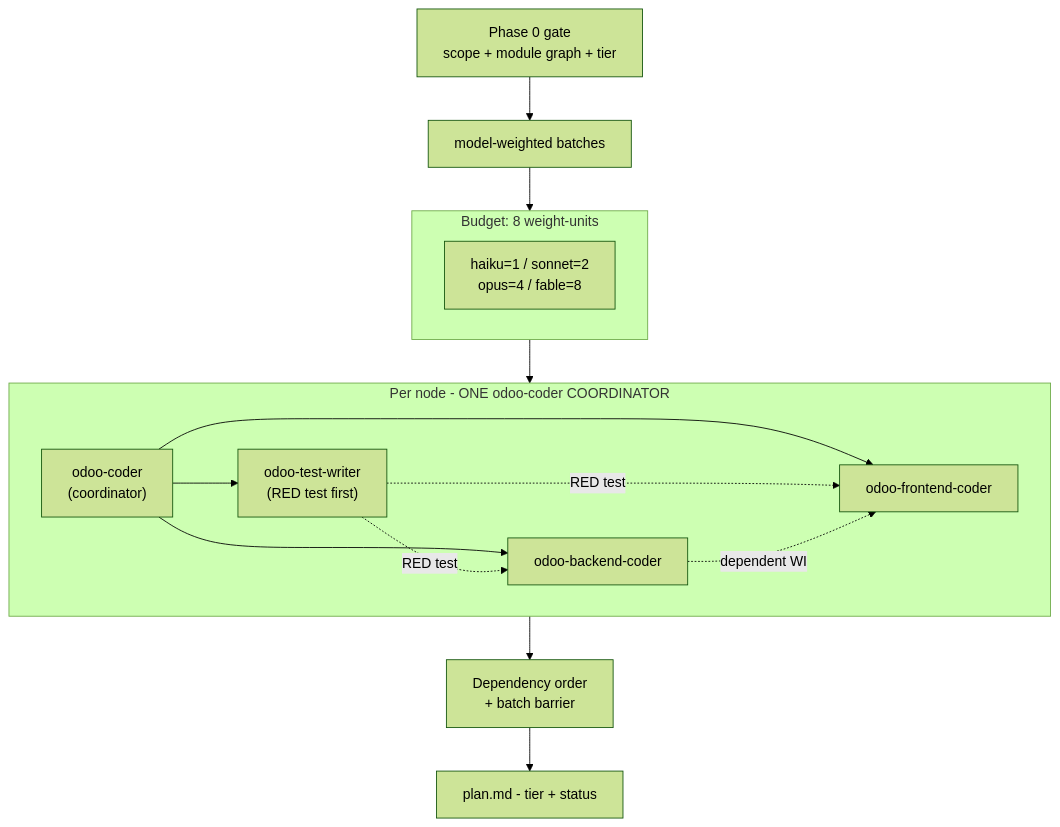
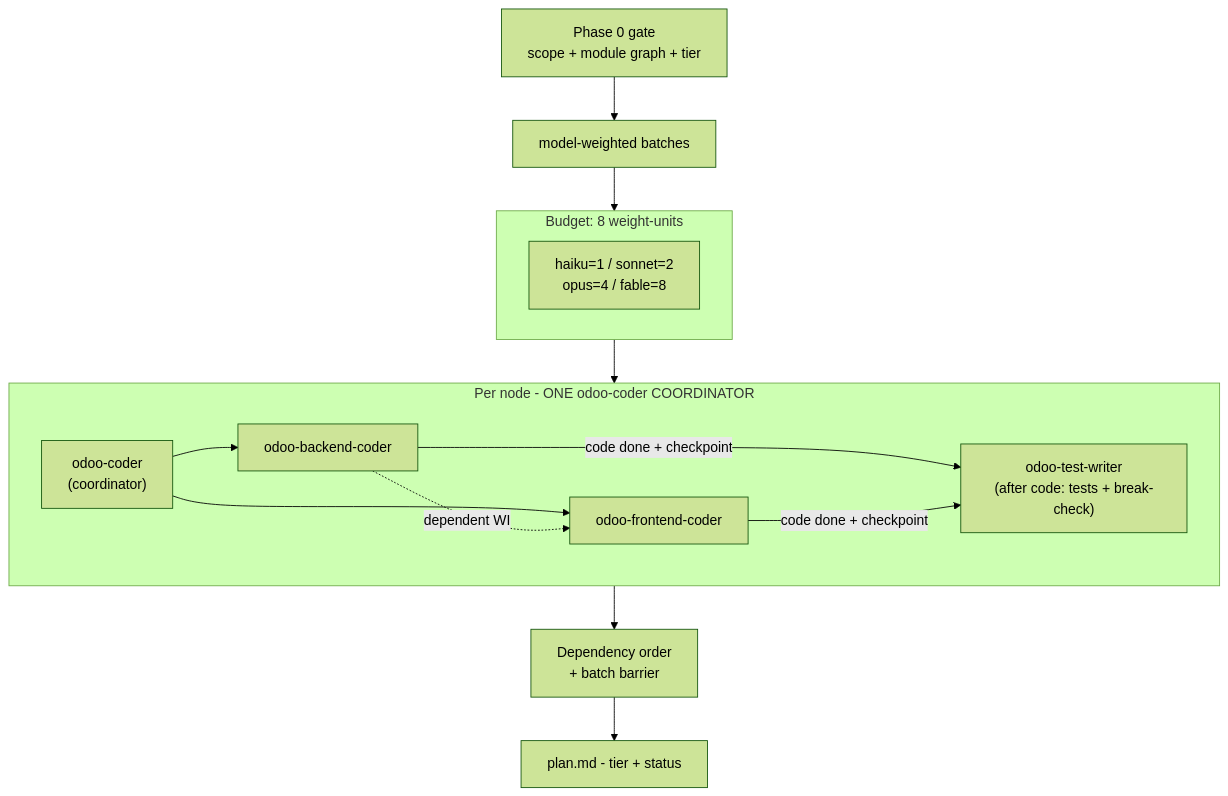
One commit to Viindoo/odoo-mcp-client changed the second of 9 diagrams in plugins/odoo-ai-agents/README.md. Above: the diagram before and after it, drawn with Mermaid (forest theme). The commit also changed other lines of this file and 71 other files, not shown here.

````diff
--- a/plugins/odoo-ai-agents/README.md
+++ b/plugins/odoo-ai-agents/README.md
@@ -265,24 +269,23 @@
 ```mermaid
 flowchart TD
     GATE["Phase 0 gate<br/>scope + module graph + tier"]
     GATE --> BATCH["model-weighted batches"]
 
     subgraph BUDGET["Budget: 8 weight-units"]
         W["haiku=1 / sonnet=2<br/>opus=4 / fable=8"]
     end
 
     BATCH --> BUDGET
 
     subgraph PERMOD["Per node - ONE odoo-coder COORDINATOR"]
-        COORD["odoo-coder<br/>(coordinator)"] --> TW["odoo-test-writer<br/>(RED test first)"]
-        COORD --> BE["odoo-backend-coder"]
+        COORD["odoo-coder<br/>(coordinator)"] --> BE["odoo-backend-coder"]
         COORD --> FE["odoo-frontend-coder"]
-        TW -.->|"RED test"| BE
-        TW -.->|"RED test"| FE
         BE -.->|"dependent WI"| FE
+        BE -->|"code done + checkpoint"| TW["odoo-test-writer<br/>(after code: tests + break-check)"]
+        FE -->|"code done + checkpoint"| TW
     end
 
     BUDGET --> PERMOD
     PERMOD --> DEP["Dependency order<br/>+ batch barrier"]
     DEP --> PLAN["plan.md - tier + status"]
 ```
````
